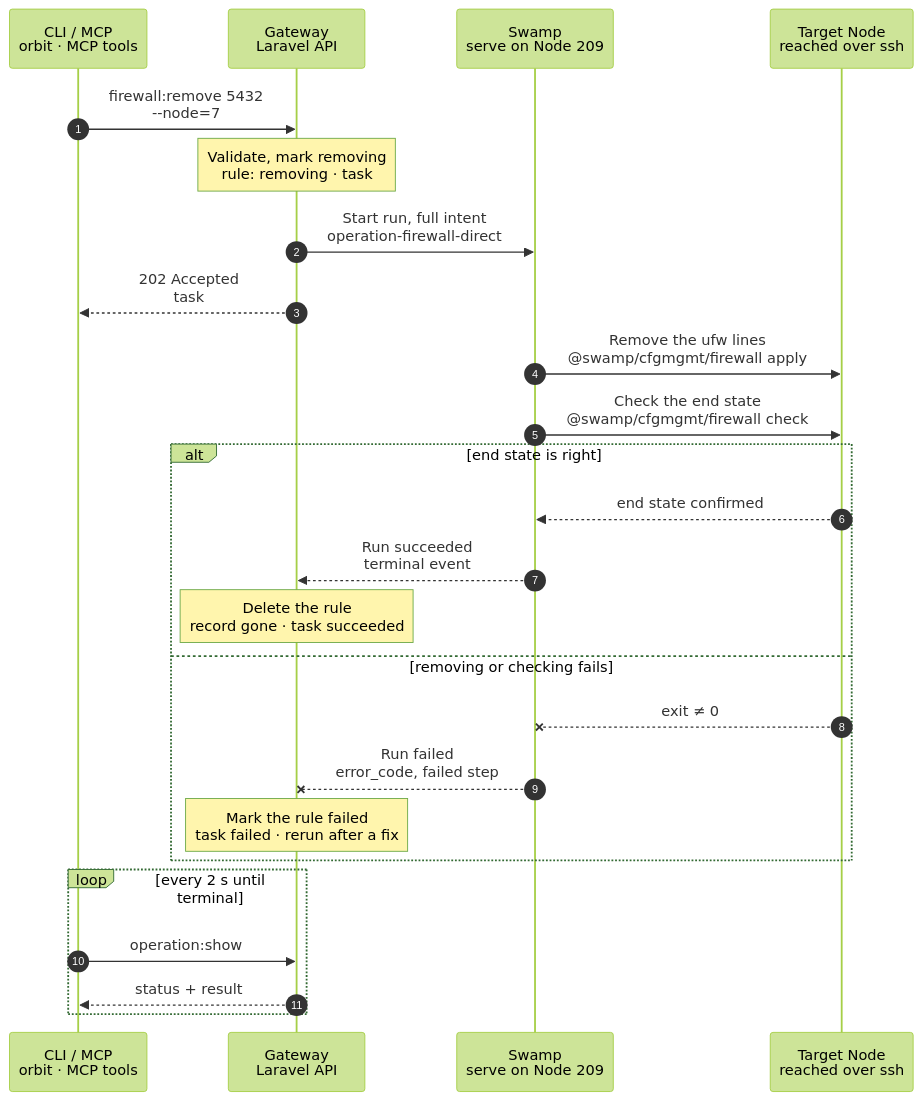
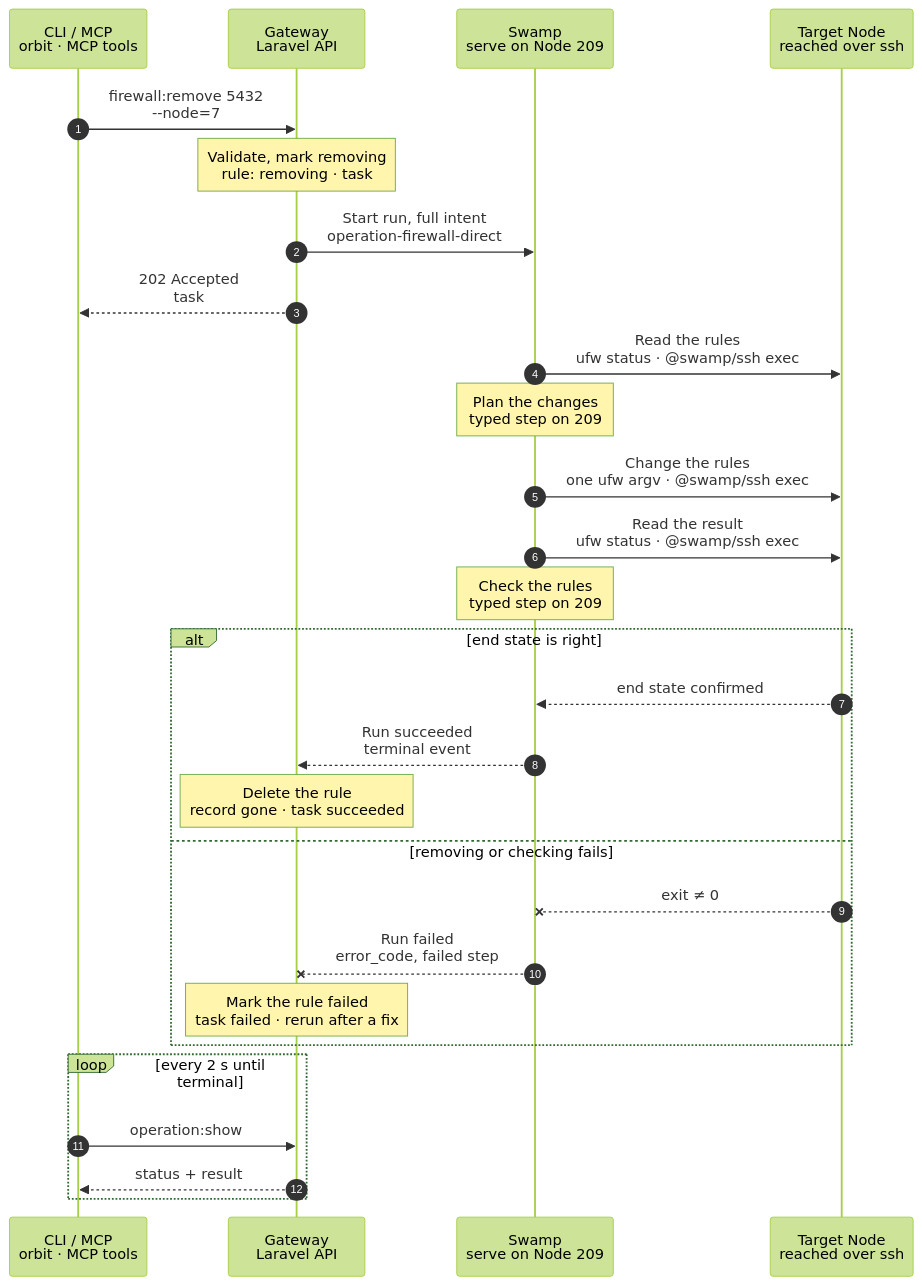
The diagram in docs/cli/firewall/remove.mmd (hardimpactdev/orbit), drawn with Mermaid (forest theme) before and after one commit. The commit also changed 19 other files, not shown here.

First line of the commit message:
feat(firewall): converge rules with one ufw argv per change; delete firewall.py (rule 22)

```diff
--- a/docs/cli/firewall/remove.mmd
+++ b/docs/cli/firewall/remove.mmd
@@ -1,94 +1,105 @@
 sequenceDiagram
   %% Target design: ADR 0244 task, ADR 0241 allowlists, DECISIONS R1-R4 + 5 (process.stop shape, shared SSH identity). Same shape as firewall.allow.
+  %% Tightened: flow-tighten 2026-11-03, rule 22 (no script: one ufw argv per change over @swamp/ssh exec; a typed step plans positions, Lab #4334).
   %% status: reviewed
   %% command: firewall:remove
   %% kind: firewall.remove
   autonumber
   %% lane CLI icon=terminal pill=caller tone=gray
   %% lane GW icon=gateway pill=intent tone=blue
   %% lane SW icon=workflow pill=executes tone=green
   %% lane N icon=server pill=target tone=amber
   participant CLI as CLI / MCP<br/>orbit · MCP tools
   participant GW as Gateway<br/>Laravel API
   participant SW as Swamp<br/>serve on Node 209
   participant N as Target Node<br/>reached over ssh
   CLI->>GW: firewall:remove 5432<br/>--node=7
   %%> Command:
   %%> - `orbit firewall:remove 5432 --node=7`
   %%> - syntax: `<port> --node=ID [--from=SOURCE] [--protocol=tcp|udp]`
   %%> Input:
   %%> - the port as the argument, and the Node
   %%> - `--from` and `--protocol` only when several rules share the port
   %%> Confirmation:
   %%> - the CLI asks before removal; `--yes` confirms without a prompt
   %%> Who can call it:
   %%> - the `orbit` CLI and the MCP tool send the same request
   Note over GW: Validate, mark removing<br/>rule: removing · task #5131
   %%> Requirements:
   %%> - your Node has an access grant to Node 7
   %%> - exactly one rule on Node 7 matches the port, source and protocol
   %%> - no other firewall change runs on Node 7; the Gateway holds one lock per Node
   %%> Works out what to keep:
   %%> - a ufw line that another rule, or a rule Orbit itself needs, also uses stays on the Node
   %%> - only lines that belong to this rule alone are removed
   %%> Result:
   %%> - the rule for port 5432 recorded as removing
   %%> - task #5131 recorded with the full intent
   %%> - nothing has happened on the Node yet
   GW->>SW: Start run, full intent<br/>operation-firewall-direct
   %%> What it does:
   %%> - starts one Swamp run on serve (Node 209)
   %%> Inputs:
   %%> - the ufw lines to remove, and the lines that must stay
   %%> - Node 7's address and SSH host keys; the SSH identity comes from the `swamp` role
   GW-->>CLI: 202 Accepted<br/>task #5131
   %%> What you get:
   %%> - the task number, at once
   %%> Next:
   %%> - the CLI follows the task with `operation:show`
-  SW->>N: Remove the ufw lines<br/>@swamp/cfgmgmt/firewall apply
+  SW->>N: Read the rules<br/>ufw status · @swamp/ssh exec
   %%> How:
-  %%> - Swamp reaches Node 7 over SSH from 209, with the official `@swamp/cfgmgmt/firewall` behavior
+  %%> - Swamp reaches Node 7 over SSH from 209 with the official `@swamp/ssh` behavior
+  %%> - refuses an inactive firewall (`firewall.backend_inactive`) before any change
+  Note over SW: Plan the changes<br/>typed step on 209
   %%> What it does:
-  %%> - removes each line that belongs to this rule alone
-  %%> - a line that is already gone is skipped
-  %%> - for an allowlist rule, it also removes the rule's ordered block of lines
-  SW->>N: Check the end state<br/>@swamp/cfgmgmt/firewall check
+  %%> - turns ufw's numbered rows into the ufw commands this rule needs, in order
+  %%> - an insert position counts the rows as they will be after the earlier commands
+  %%> Why typed, not cfgmgmt:
+  %%> - `@swamp/cfgmgmt/firewall` cannot insert at a position (Lab #4334) or name a port range
+  SW->>N: Change the rules<br/>one ufw argv · @swamp/ssh exec
   %%> What it does:
-  %%> - reads ufw back: removed lines are gone, and kept lines are still there
+  %%> - deletes each line that belongs to this rule alone; a line that is already gone is skipped
+  %%> - a line that a role also needs (`retain`) stays
+  %%> - runs the planned commands one at a time; nothing is copied to the Node
+  SW->>N: Read the result<br/>ufw status · @swamp/ssh exec
+  Note over SW: Check the rules<br/>typed step on 209
+  %%> What it does:
+  %%> - checks every removed line is gone, and retained lines are still there
+  %%> - prints the public result; a line that ufw changed in between fails the check, and a rerun repairs it
   %%> Why:
   %%> - the rule only counts as removed when ufw shows it
   alt end state is right
     N-->>SW: end state confirmed
     %%> Returns:
     %%> - the check passed
     SW-->>GW: Run succeeded<br/>terminal event
     %%> How the Gateway learns it:
     %%> - its shared run reader sees the terminal event; Swamp never calls the Gateway
     Note over GW: Delete the rule<br/>record gone · task succeeded
     %%> Result:
     %%> - the rule for port 5432 is deleted from the Gateway
     %%> - task #5131 succeeds
   else removing or checking fails
     N--xSW: exit ≠ 0
     %%> When:
     %%> - ufw refuses the change, SSH fails, or the end state is wrong
     SW--xGW: Run failed<br/>error_code, failed step
     %%> The Gateway reads:
     %%> - which step failed and its error code
     Note over GW: Mark the rule failed<br/>task failed · rerun after a fix
     %%> Result:
     %%> - the rule for port 5432 stays, marked failed, so you can see it
     %%> - task #5131 fails
     %%> On the Node:
     %%> - lines removed before the failure stay removed; there is no rollback
     %%> - that is safe: a rerun skips lines that are already gone
   end
   loop every 2 s until terminal
     CLI->>GW: operation:show #5131
     %%> What it does:
     %%> - asks for the task's status every 2 seconds until it has ended
     GW-->>CLI: status + result
     %%> Returns:
     %%> - the current status, and the result once the task has ended
   end
```
